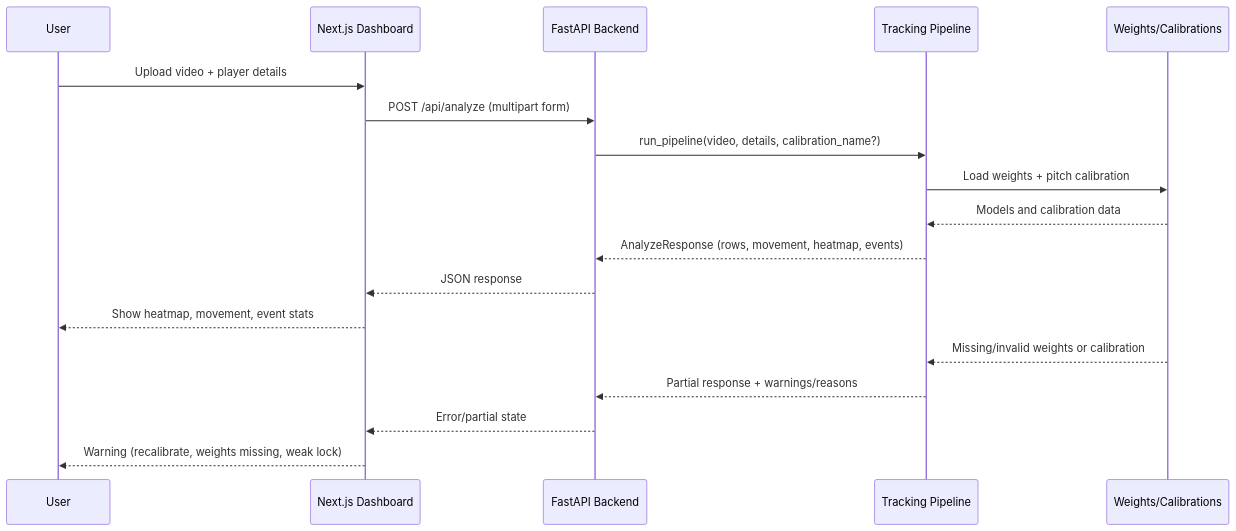
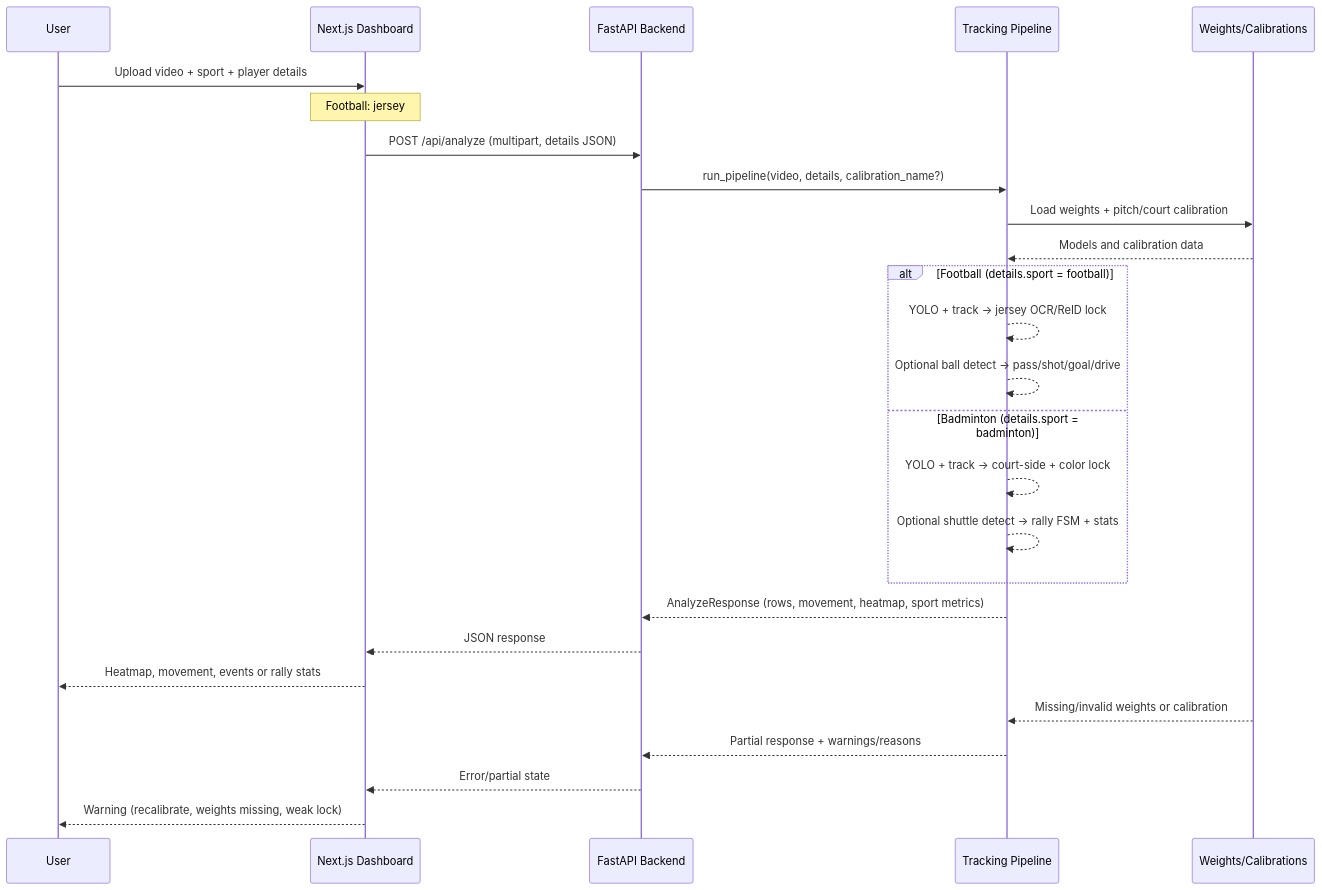
The diagram in README.md (ErwinEA/Player-Analysis), drawn with Mermaid before and after one commit. The commit also changed other lines of this file, not shown here.

Commit message:
added documention on the badminton tab in the README.md file

````diff
--- a/README.md
+++ b/README.md
@@ -11,22 +14,32 @@
 ```mermaid
 sequenceDiagram
     participant User
     participant Frontend as Next.js Dashboard
     participant API as FastAPI Backend
     participant Pipeline as Tracking Pipeline
     participant Assets as Weights/Calibrations
 
-    User->>Frontend: Upload video + player details
-    Frontend->>API: POST /api/analyze (multipart form)
+    User->>Frontend: Upload video + sport + player details
+    Note over Frontend: Football: jersey # + kit colors<br/>Badminton: court side + shirt color
+    Frontend->>API: POST /api/analyze (multipart, details JSON)
     API->>Pipeline: run_pipeline(video, details, calibration_name?)
-    Pipeline->>Assets: Load weights + pitch calibration
+    Pipeline->>Assets: Load weights + pitch/court calibration
     Assets-->>Pipeline: Models and calibration data
-    Pipeline-->>API: AnalyzeResponse (rows, movement, heatmap, events)
+
+    alt Football (details.sport = football)
+        Pipeline-->>Pipeline: YOLO + track → jersey OCR/ReID lock
+        Pipeline-->>Pipeline: Optional ball detect → pass/shot/goal/drive
+    else Badminton (details.sport = badminton)
+        Pipeline-->>Pipeline: YOLO + track → court-side + color lock
+        Pipeline-->>Pipeline: Optional shuttle detect → rally FSM + stats
+    end
+
+    Pipeline-->>API: AnalyzeResponse (rows, movement, heatmap, sport metrics)
     API-->>Frontend: JSON response
-    Frontend-->>User: Show heatmap, movement, event stats
+    Frontend-->>User: Heatmap, movement, events or rally stats
 
     Assets-->>Pipeline: Missing/invalid weights or calibration
     Pipeline-->>API: Partial response + warnings/reasons
     API-->>Frontend: Error/partial state
     Frontend-->>User: Warning (recalibrate, weights missing, weak lock)
 ```
````
